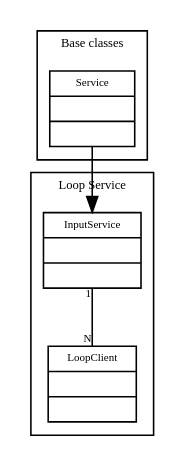
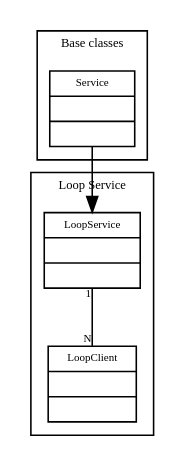
Before and after one commit to volca02/openDarkEngine: the diagram in doc/src/loopsvc.dot, drawn with Graphviz. The commit also changed 1 other file, not shown here.

```diff
--- a/doc/src/loopsvc.dot
+++ b/doc/src/loopsvc.dot
@@ -1,47 +1,47 @@
 digraph G {
 	fontname = "Bitstream Vera Sans"
 	fontsize = 8
 	
 	node [
 		fontname = "Bitstream Vera Sans"
 		fontsize = 7
 		shape = "record"	
 	]
 	
 	edge [
 		fontname = "Bitstream Vera Sans"
 		fontsize = 7
 	]
 	
 	
 	subgraph clusterBase {
 		label = "Base classes"
 	
 		Service [
 			label = "{Service||}"
 		]
 	}
 		
 	subgraph clusterLoopSvc {
 		label = "Loop Service"
 		
 		LoopService [
-			label = "{InputService||}"
+			label = "{LoopService||}"
 		]
 	
 		LoopClient [
 			label = "{LoopClient||}"
 		]
 	}	
 	
 	Service -> LoopService
 	
 	edge [
 		arrowhead = "none"
 
                 headlabel = "N"
                 taillabel = "1"
 	]
 	
 	LoopService -> LoopClient
 }
```
